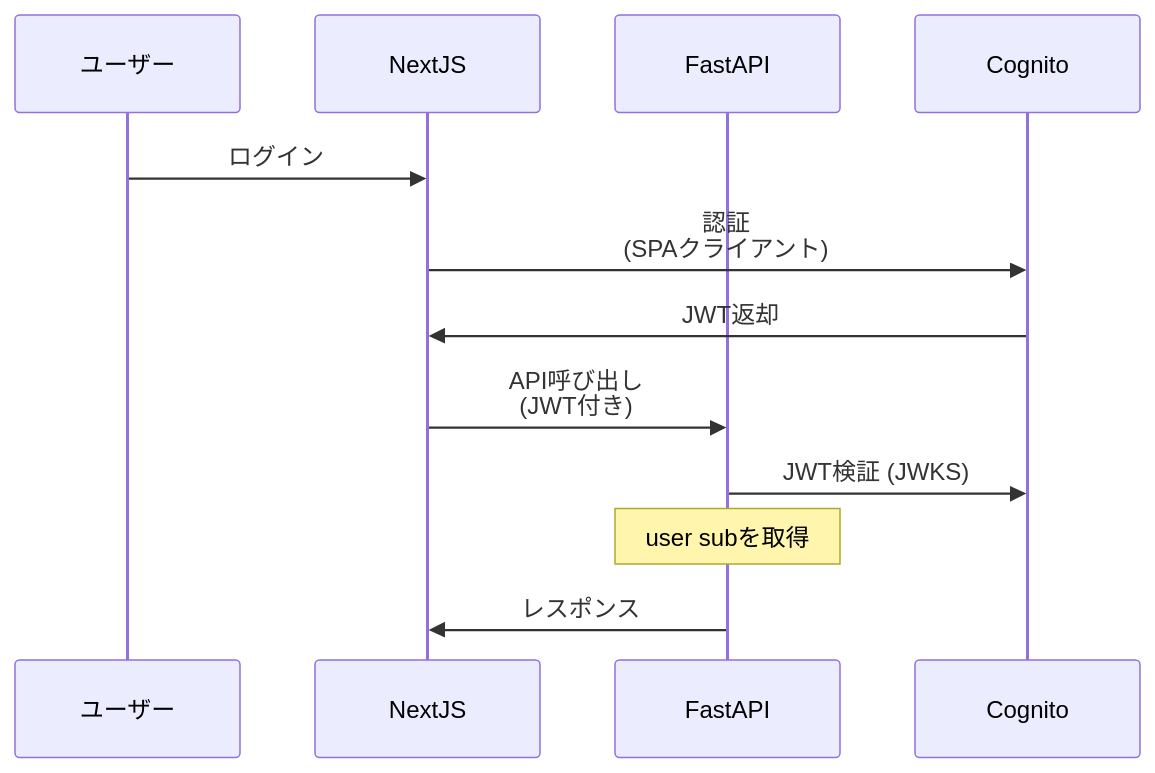
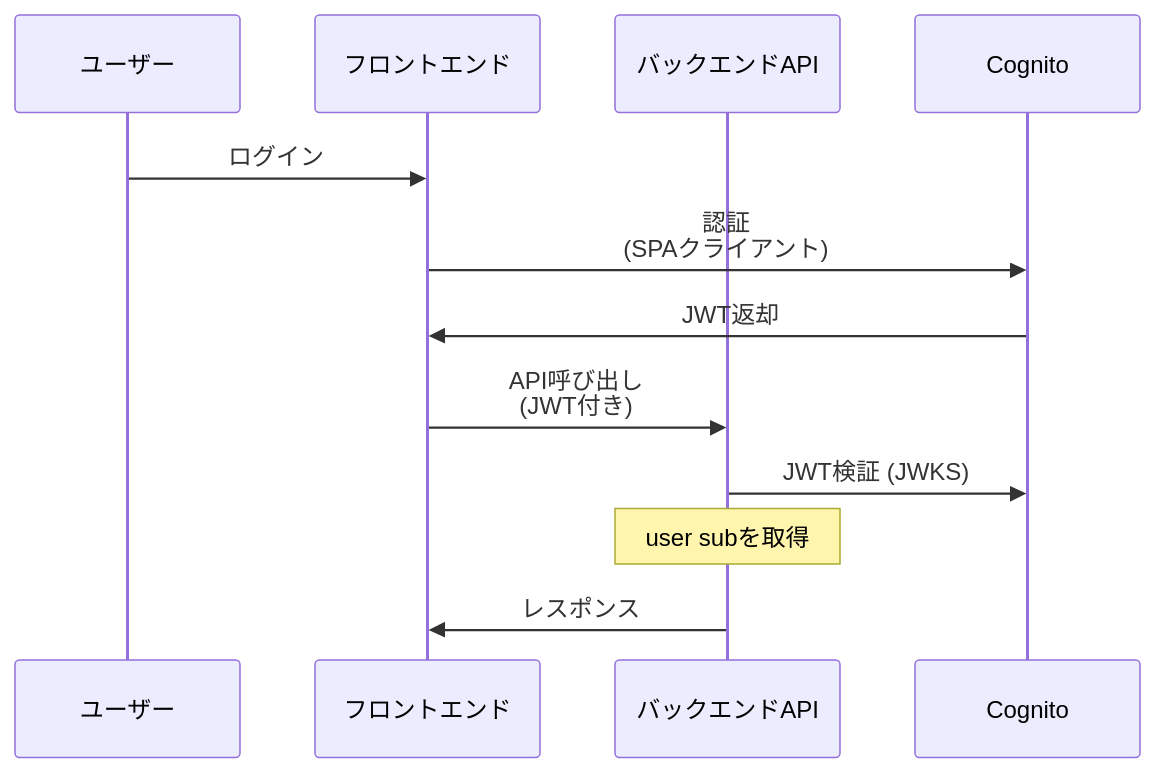
The diagram in README.md (Maxakali517/terraform-aws-cognito-module), drawn with Mermaid before and after one commit. The commit also changed other lines of this file, not shown here.

````diff
--- a/README.md
+++ b/README.md
@@ -9,15 +9,15 @@
 ```mermaid
 sequenceDiagram
     participant User as ユーザー
-    participant NextJS as NextJS
-    participant FastAPI as FastAPI
+    participant Frontend as フロントエンド
+    participant Backend as バックエンドAPI
     participant Cognito as Cognito
 
-    User->>NextJS: ログイン
-    NextJS->>Cognito: 認証<br/>(SPAクライアント)
-    Cognito->>NextJS: JWT返却
-    NextJS->>FastAPI: API呼び出し<br/>(JWT付き)
-    FastAPI->>Cognito: JWT検証 (JWKS)
-    Note over FastAPI: user subを取得
-    FastAPI->>NextJS: レスポンス
+    User->>Frontend: ログイン
+    Frontend->>Cognito: 認証<br/>(SPAクライアント)
+    Cognito->>Frontend: JWT返却
+    Frontend->>Backend: API呼び出し<br/>(JWT付き)
+    Backend->>Cognito: JWT検証 (JWKS)
+    Note over Backend: user subを取得
+    Backend->>Frontend: レスポンス
 ```
````
